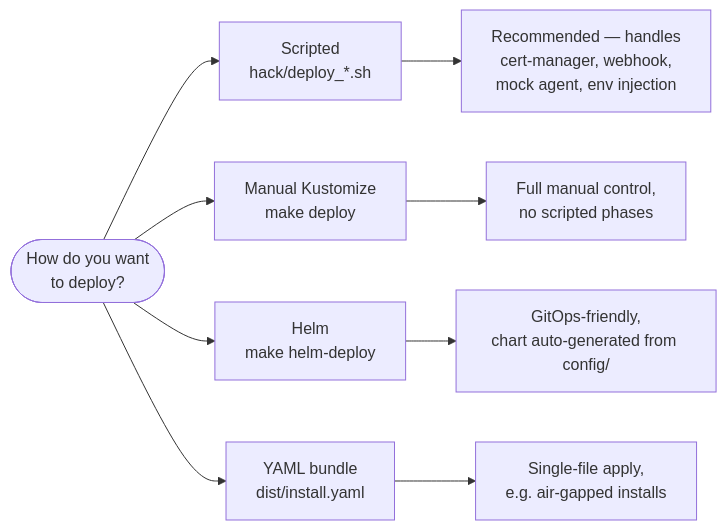
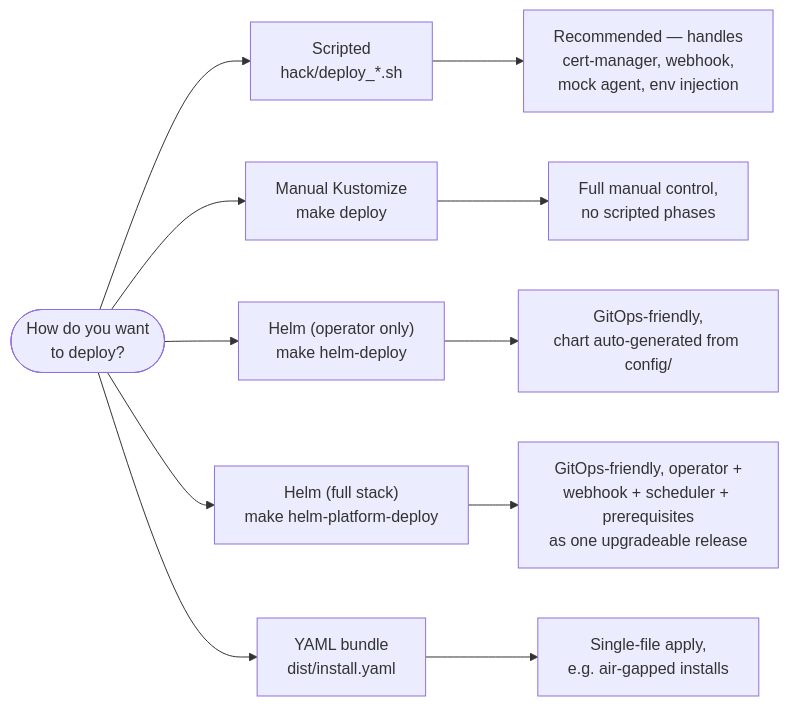
The tenth of 19 diagrams in README.md (HIRO-MicroDataCenters-BV/hiro-adaptive-orchestrator), drawn with Mermaid before and after one commit. The commit also changed other lines of this file and 33 other files, not shown here.

Commit message:
Add full-stack Helm chart (charts/hiro-adaptive-platform) covering the operator, webhook, scheduler plugin/extender, and mock agent as one release. Includes a post-renderer for env vars Helm can't merge, value validation, Makefile targets, and README docs.

````diff
--- a/README.md
+++ b/README.md
@@ -558,11 +558,13 @@
 ```mermaid
 flowchart LR
     D(["How do you want<br/>to deploy?"]) --> A["Scripted<br/>hack/deploy_*.sh"]
     D --> B["Manual Kustomize<br/>make deploy"]
-    D --> C["Helm<br/>make helm-deploy"]
+    D --> C["Helm (operator only)<br/>make helm-deploy"]
+    D --> F["Helm (full stack)<br/>make helm-platform-deploy"]
     D --> E["YAML bundle<br/>dist/install.yaml"]
     A --> A1["Recommended — handles<br/>cert-manager, webhook,<br/>mock agent, env injection"]
     B --> B1["Full manual control,<br/>no scripted phases"]
     C --> C1["GitOps-friendly,<br/>chart auto-generated from config/"]
+    F --> F1["GitOps-friendly, operator +<br/>webhook + scheduler + prerequisites<br/>as one upgradeable release"]
     E --> E1["Single-file apply,<br/>e.g. air-gapped installs"]
 ```
````
